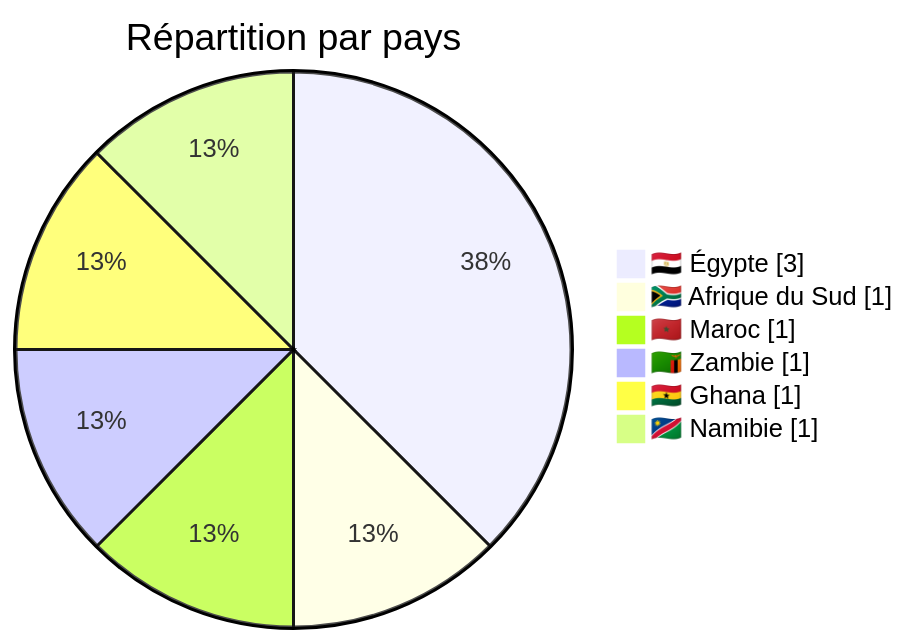
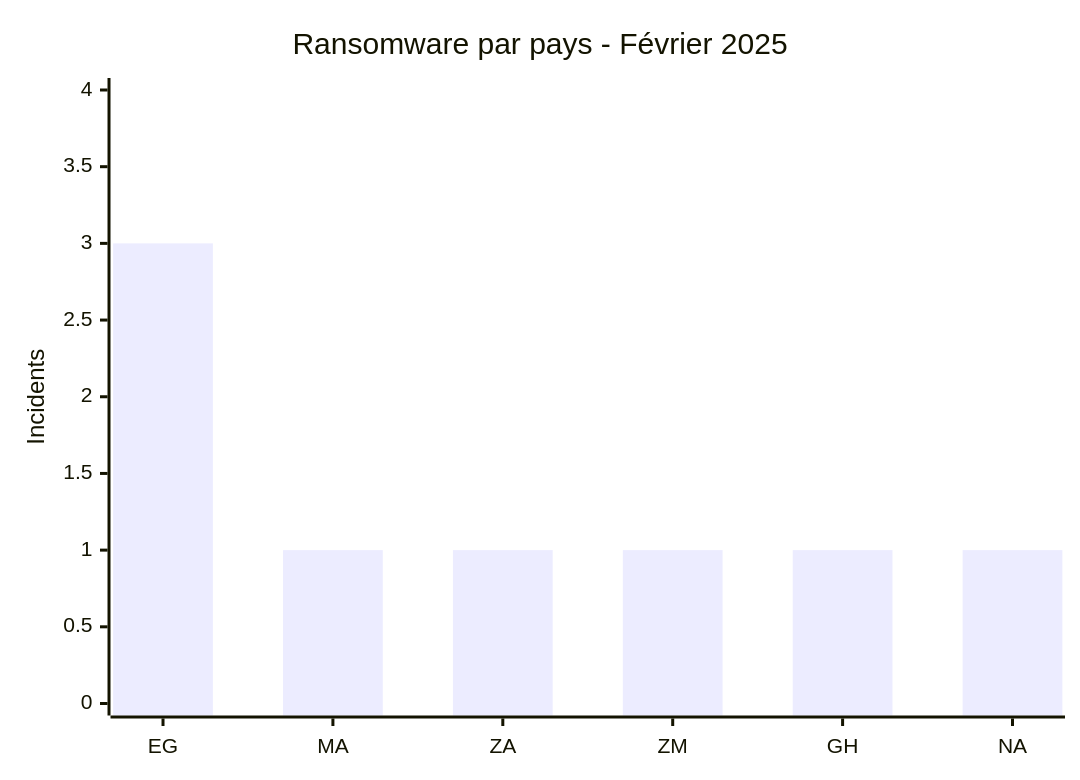
The third of 7 diagrams in CyberAttackAfrica/2025/02-february/README_FR.md (Hatchepsoute/AFRINTEL), drawn with Mermaid before and after one commit. The commit also changed other lines of this file and 7 other files, not shown here.

````diff
--- a/CyberAttackAfrica/2025/02-february/README_FR.md
+++ b/CyberAttackAfrica/2025/02-february/README_FR.md
@@ -81,10 +97,7 @@
 ```mermaid
-pie showData
-    title Répartition par pays
-    "🇪🇬 Égypte" : 3
-    "🇿🇦 Afrique du Sud" : 1
-    "🇲🇦 Maroc" : 1
-    "🇿🇲 Zambie" : 1
-    "🇬🇭 Ghana" : 1
-    "🇳🇦 Namibie" : 1
+xychart-beta
+    title "Ransomware par pays - Février 2025"
+    x-axis ["EG", "MA", "ZA", "ZM", "GH", "NA"]
+    y-axis "Incidents" 0 --> 4
+    bar [3, 1, 1, 1, 1, 1]
 ```
````
